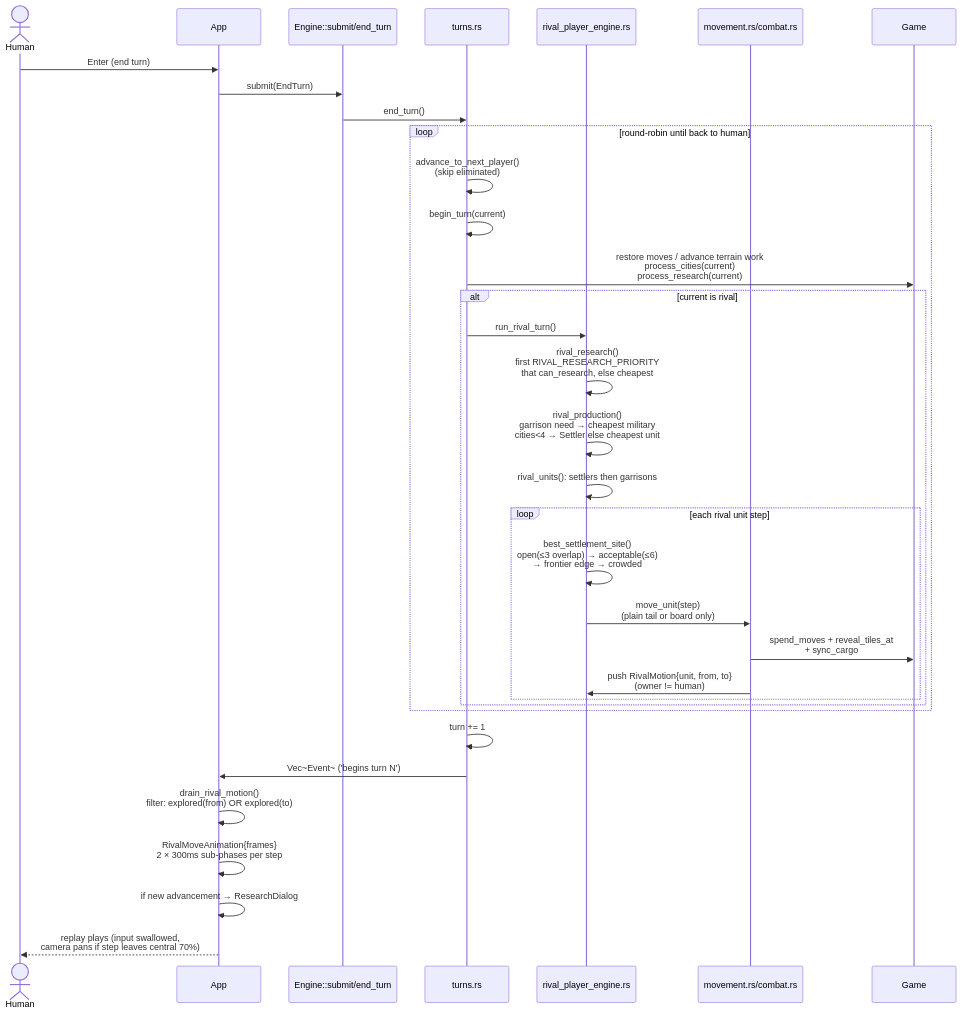
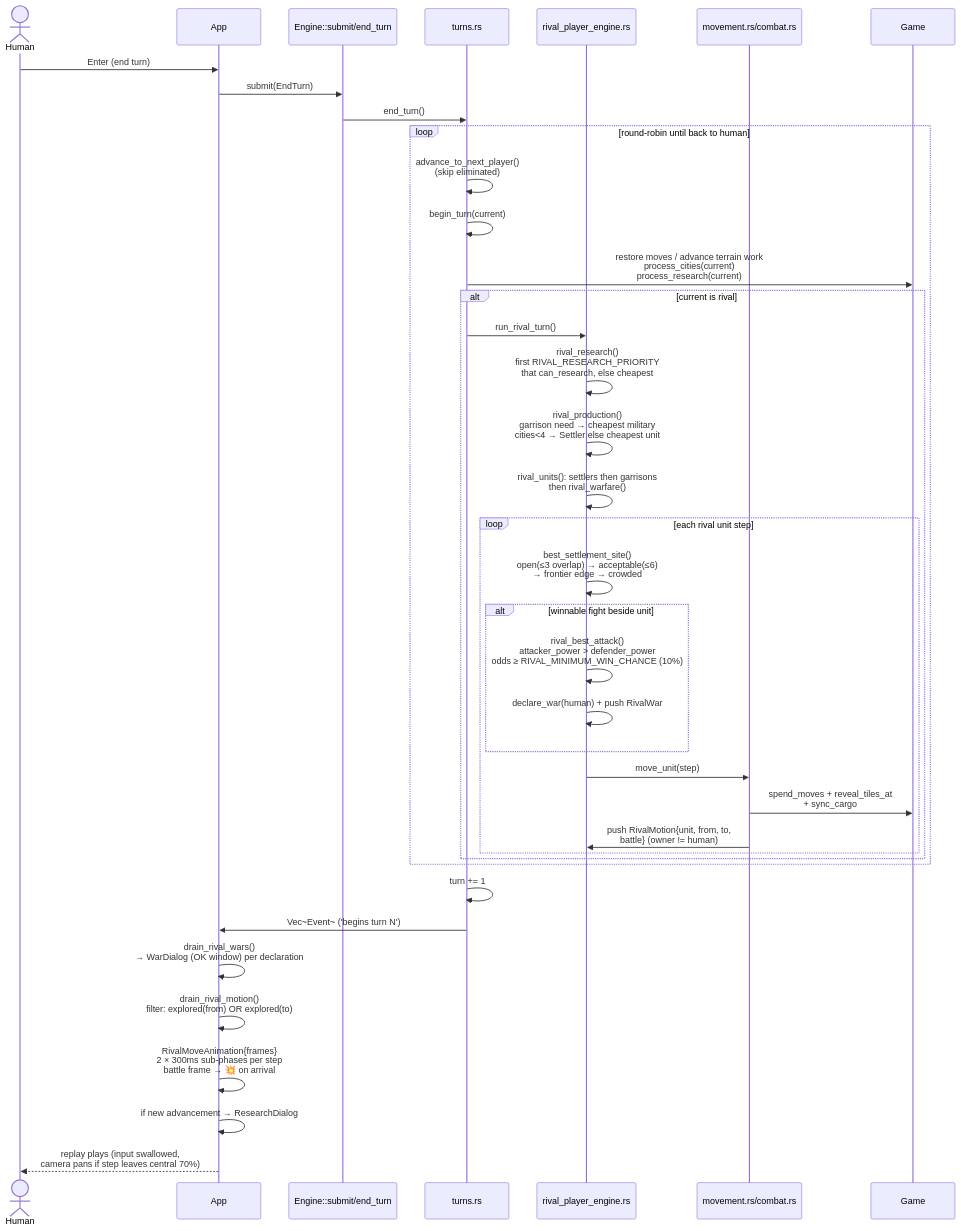
The diagram in docs/uml/06-turn-loop-sequence.md (natritmeyer/civterm), drawn with Mermaid before and after one commit. The commit also changed other lines of this file and 31 other files, not shown here.

Commit message:
player can now win/lose game, also, a city-unit ownership bug fix

````diff
--- a/docs/uml/06-turn-loop-sequence.md
+++ b/docs/uml/06-turn-loop-sequence.md
@@ -10,39 +17,44 @@
 ```mermaid
 sequenceDiagram
     actor Human
     participant App as App
     participant Eng as Engine::submit/end_turn
     participant Tur as turns.rs
     participant Riv as rival_player_engine.rs
     participant Mov as movement.rs/combat.rs
     participant Gam as Game
 
     Human->>App: Enter (end turn)
     App->>Eng: submit(EndTurn)
     Eng->>Tur: end_turn()
 
     loop round-robin until back to human
         Tur->>Tur: advance_to_next_player()<br/>(skip eliminated)
         Tur->>Tur: begin_turn(current)
         Tur->>Gam: restore moves / advance terrain work<br/>process_cities(current)<br/>process_research(current)
         alt current is rival
             Tur->>Riv: run_rival_turn()
             Riv->>Riv: rival_research()<br/>first RIVAL_RESEARCH_PRIORITY<br/>that can_research, else cheapest
             Riv->>Riv: rival_production()<br/>garrison need → cheapest military<br/>cities<4 → Settler else cheapest unit
-            Riv->>Riv: rival_units(): settlers then garrisons
+            Riv->>Riv: rival_units(): settlers then garrisons<br/>then rival_warfare()
             loop each rival unit step
                 Riv->>Riv: best_settlement_site()<br/>open(≤3 overlap) → acceptable(≤6)<br/>→ frontier edge → crowded
-                Riv->>Mov: move_unit(step)<br/>(plain tail or board only)
+                alt winnable fight beside unit
+                    Riv->>Riv: rival_best_attack()<br/>attacker_power > defender_power<br/>odds ≥ RIVAL_MINIMUM_WIN_CHANCE (10%)
+                    Riv->>Riv: declare_war(human) + push RivalWar
+                end
+                Riv->>Mov: move_unit(step)
                 Mov->>Gam: spend_moves + reveal_tiles_at<br/>+ sync_cargo
-                Mov->>Riv: push RivalMotion{unit, from, to}<br/>(owner != human)
+                Mov->>Riv: push RivalMotion{unit, from, to,<br/>battle} (owner != human)
             end
         end
     end
 
     Tur->>Tur: turn += 1
     Tur->>App: Vec~Event~ ('begins turn N')
+    App->>App: drain_rival_wars()<br/>→ WarDialog (OK window) per declaration
     App->>App: drain_rival_motion()<br/>filter: explored(from) OR explored(to)
-    App->>App: RivalMoveAnimation{frames}<br/>2 × 300ms sub-phases per step
+    App->>App: RivalMoveAnimation{frames}<br/>2 × 300ms sub-phases per step<br/>battle frame → 💥 on arrival
     App->>App: if new advancement → ResearchDialog
     App-->>Human: replay plays (input swallowed,<br/>camera pans if step leaves central 70%)
 ```
````
